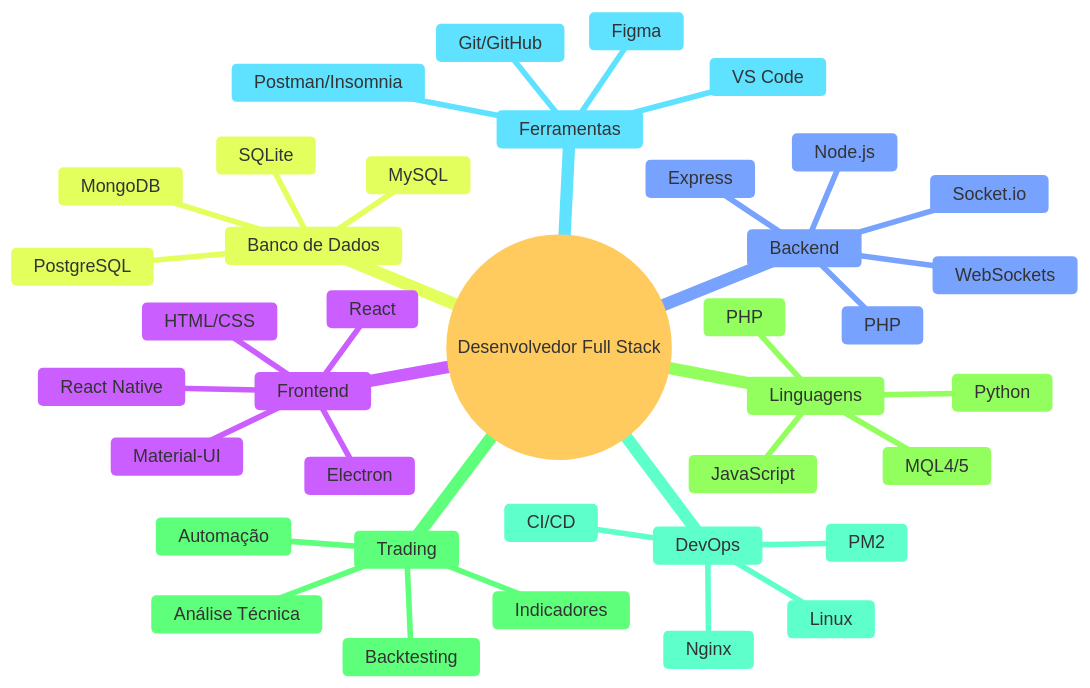
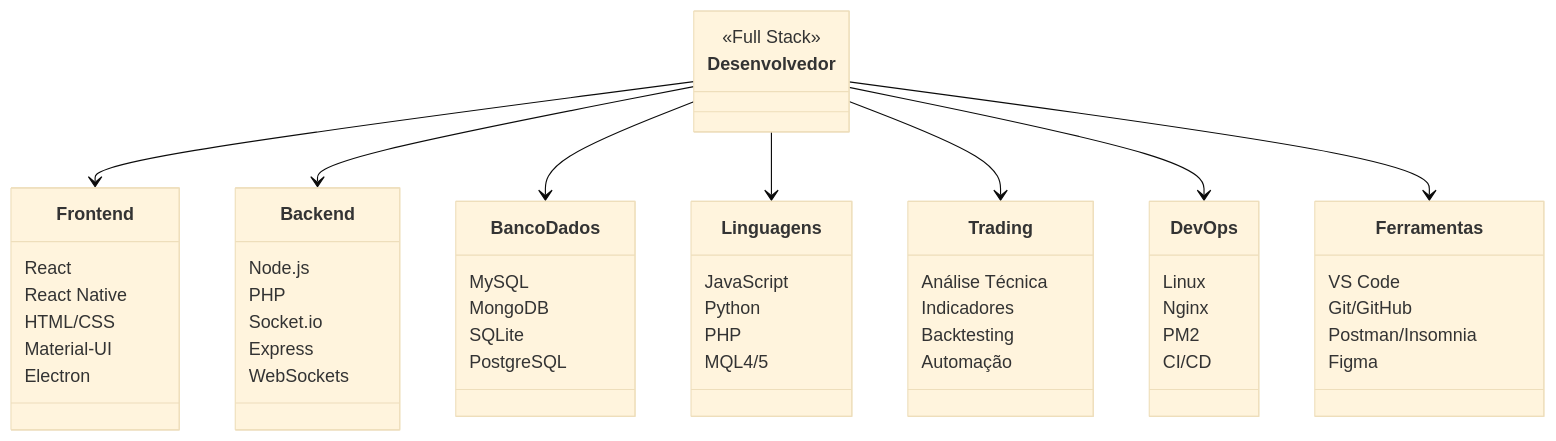
One commit to AlesonPungirum/AlesonPungirum changed the first of 4 diagrams in README.md. Above: the diagram before and after it, drawn with Mermaid (base theme).

````diff
--- a/README.md
+++ b/README.md
@@ -38,41 +38,65 @@
 ```mermaid
-mindmap
-  root((Desenvolvedor Full Stack))
-    Frontend
-      React
-      React Native
-      HTML/CSS
-      Material-UI
-      Electron
-    Backend
-      Node.js
-      PHP
-      Socket.io
-      Express
-      WebSockets
-    Banco de Dados
-      MySQL
-      MongoDB
-      SQLite
-      PostgreSQL
-    Linguagens
-      JavaScript
-      Python
-      PHP
-      MQL4/5
-    Trading
-      Análise Técnica
-      Indicadores
-      Backtesting
-      Automação
-    DevOps
-      Linux
-      Nginx
-      PM2
-      CI/CD
-    Ferramentas
-      VS Code
-      Git/GitHub
-      Postman/Insomnia
-      Figma
+classDiagram
+    class Desenvolvedor {
+        <<Full Stack>>
+    }
+    
+    class Frontend {
+        React
+        React Native
+        HTML/CSS
+        Material-UI
+        Electron
+    }
+    
+    class Backend {
+        Node.js
+        PHP
+        Socket.io
+        Express
+        WebSockets
+    }
+    
+    class BancoDados {
+        MySQL
+        MongoDB
+        SQLite
+        PostgreSQL
+    }
+    
+    class Linguagens {
+        JavaScript
+        Python
+        PHP
+        MQL4/5
+    }
+    
+    class Trading {
+        Análise Técnica
+        Indicadores
+        Backtesting
+        Automação
+    }
+    
+    class DevOps {
+        Linux
+        Nginx
+        PM2
+        CI/CD
+    }
+    
+    class Ferramentas {
+        VS Code
+        Git/GitHub
+        Postman/Insomnia
+        Figma
+    }
+    
+    Desenvolvedor --> Frontend
+    Desenvolvedor --> Backend
+    Desenvolvedor --> BancoDados
+    Desenvolvedor --> Linguagens
+    Desenvolvedor --> Trading
+    Desenvolvedor --> DevOps
+    Desenvolvedor --> Ferramentas
 ```
````
